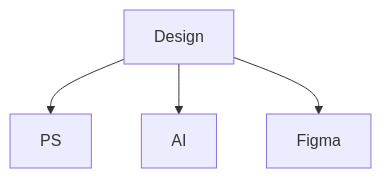
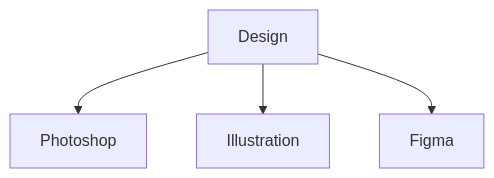
Before and after one commit to LuongXuanNhat/LuongXuanNhat: the third of 4 diagrams in README.md, drawn with Mermaid. The commit also changed other lines of this file, not shown here.

````diff
--- a/README.md
+++ b/README.md
@@ -43,6 +36,6 @@
 ```mermaid
 graph TD;
-    Design-->PS;
-    Design-->AI;
+    Design-->Photoshop;
+    Design-->Illustration;
     Design-->Figma;
 ```  
````
